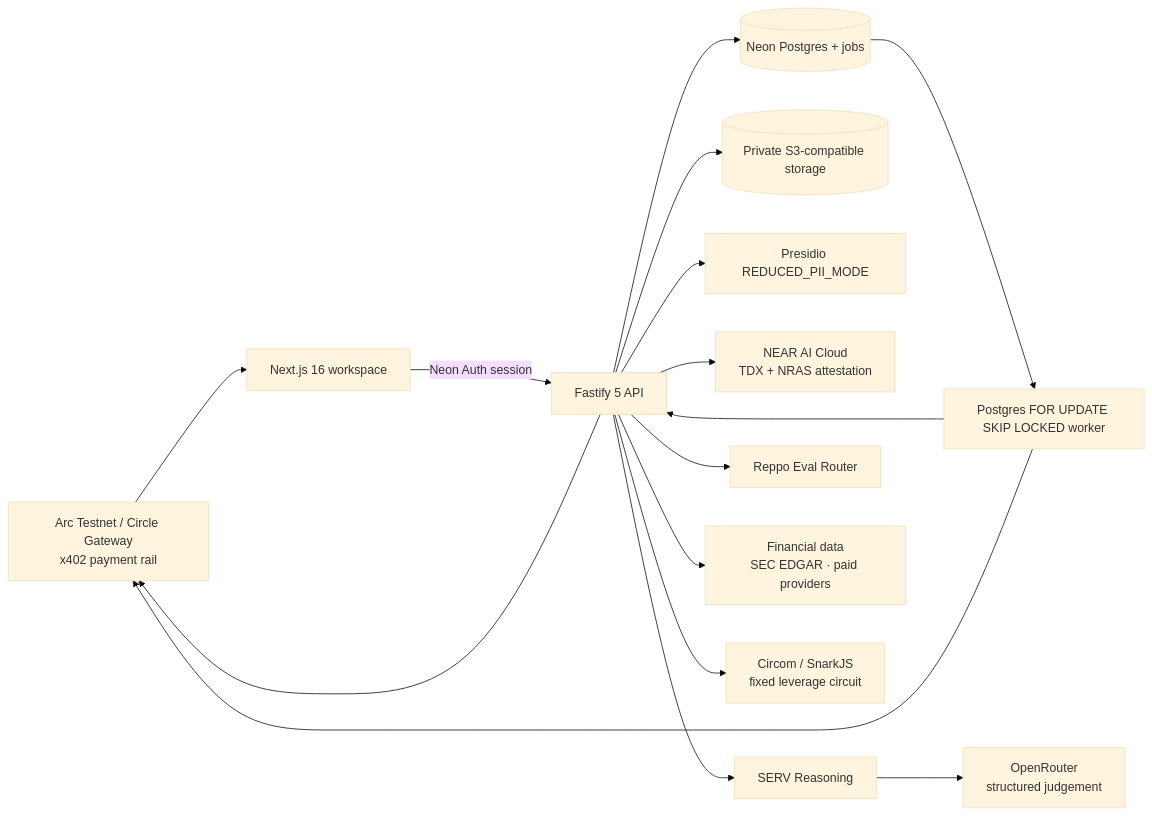
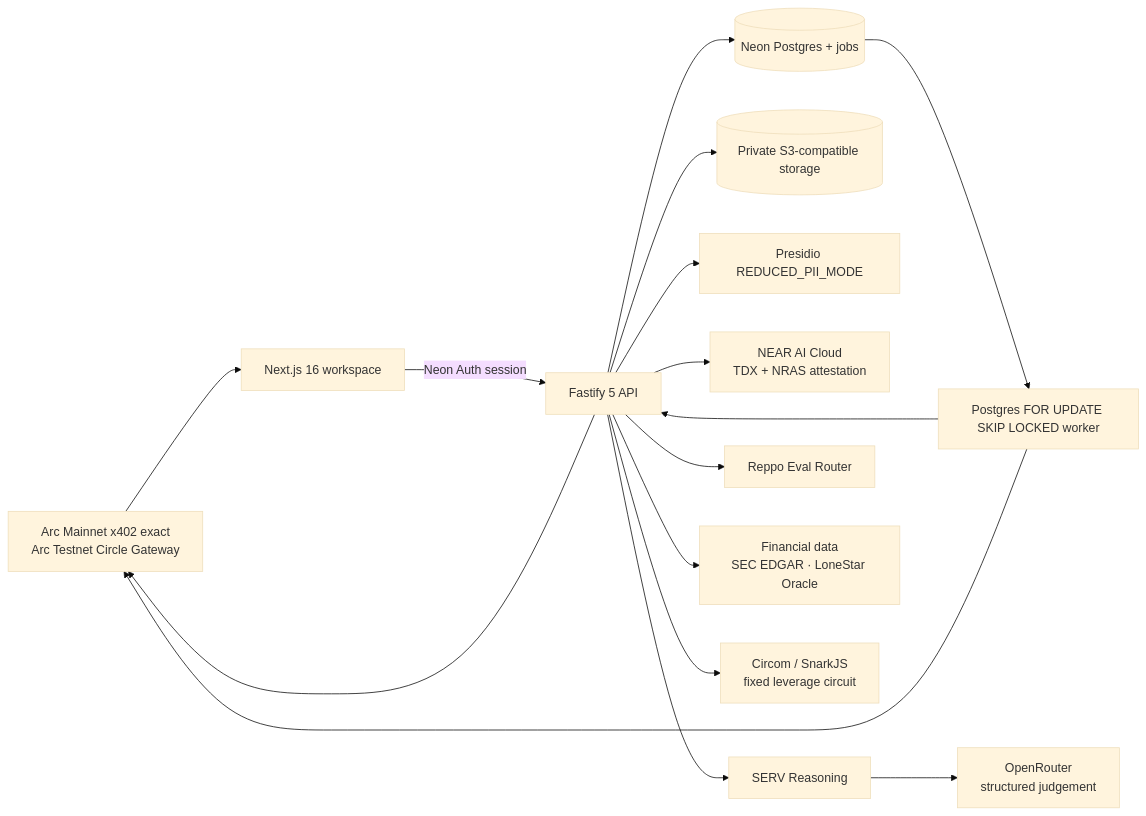
One commit to onyebuchidaniel60/Assay changed the diagram in README.md. Above: the diagram before and after it, drawn with Mermaid (base theme). The commit also changed other lines of this file and 58 other files, not shown here.

First line of the commit message:
docs: record verified Arc Mainnet payment and final demo

````diff
--- a/README.md
+++ b/README.md
@@ -60,18 +60,18 @@
 ```mermaid
 flowchart LR
   A[Analyst / Manager / Auditor] --> W[Next.js 16 workspace]
   W -->|Neon Auth session| API[Fastify 5 API]
   API --> DB[(Neon Postgres + jobs)]
   API --> S3[(Private S3-compatible storage)]
   API --> P[Presidio REDUCED_PII_MODE]
   API --> N[NEAR AI Cloud\nTDX + NRAS attestation]
   API --> S[SERV Reasoning]
   S --> O[OpenRouter\nstructured judgement]
   API --> R[Reppo Eval Router]
-  API --> F[Financial data\nSEC EDGAR · paid providers]
-  API --> A[Arc Testnet / Circle Gateway\nx402 payment rail]
+  API --> F[Financial data\nSEC EDGAR · LoneStar Oracle]
+  API --> A[Arc Mainnet x402 exact\nArc Testnet Circle Gateway]
   API --> Z[Circom / SnarkJS\nfixed leverage circuit]
   DB --> J[Postgres FOR UPDATE SKIP LOCKED worker]
   J --> API
   J --> A
 ```
````
